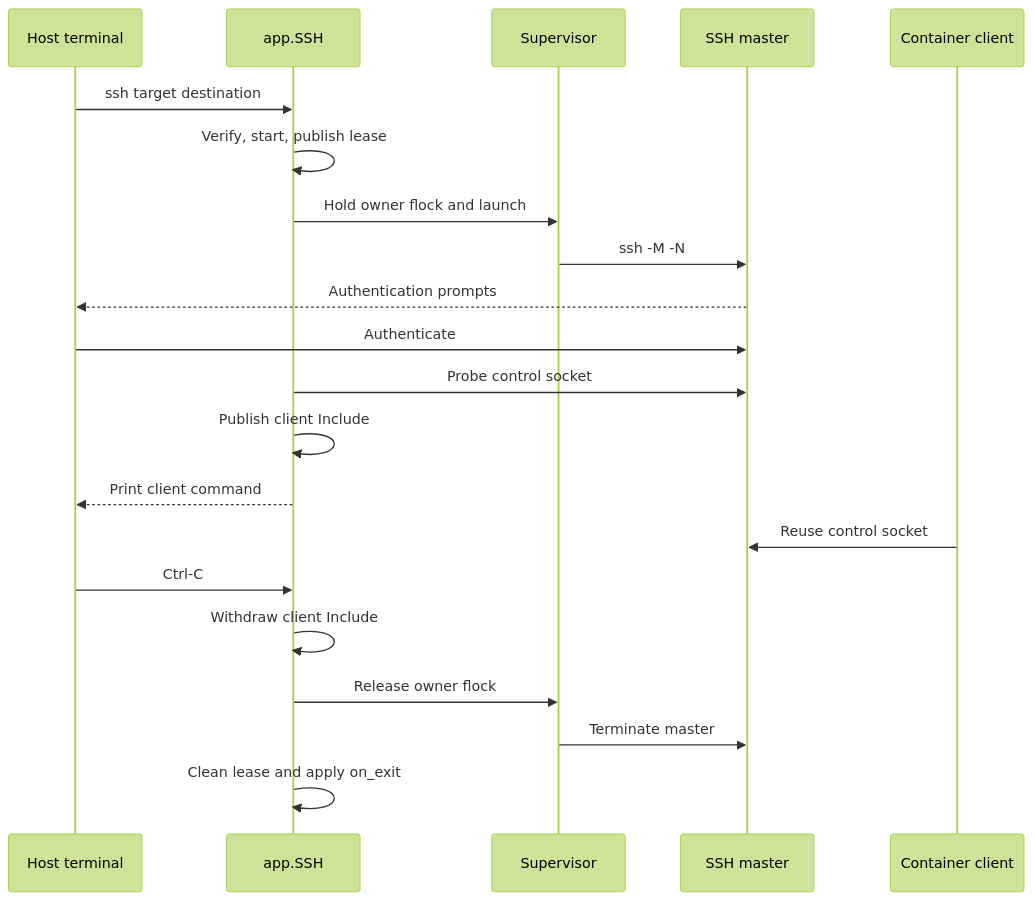
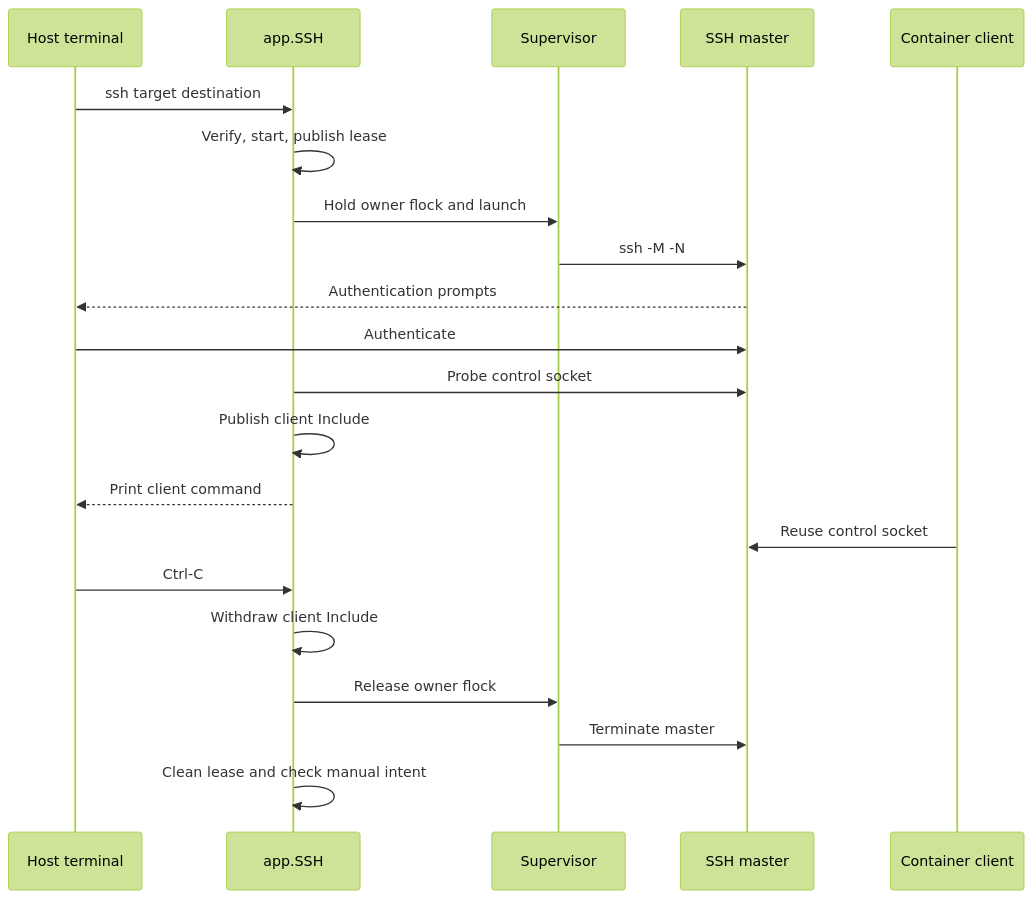
Before and after one commit to pip12345/devbox-neo: the diagram in docs/src/architecture/ssh.md, drawn with Mermaid (forest theme). The commit also changed other lines of this file and 114 other files, not shown here.

````diff
--- a/docs/src/architecture/ssh.md
+++ b/docs/src/architecture/ssh.md
@@ -24,23 +24,23 @@
 ```mermaid
 sequenceDiagram
     participant U as Host terminal
     participant A as app.SSH
     participant S as Supervisor
     participant M as SSH master
     participant C as Container client
     U->>A: ssh target destination
     A->>A: Verify, start, publish lease
     A->>S: Hold owner flock and launch
     S->>M: ssh -M -N
     M-->>U: Authentication prompts
     U->>M: Authenticate
     A->>M: Probe control socket
     A->>A: Publish client Include
     A-->>U: Print client command
     C->>M: Reuse control socket
     U->>A: Ctrl-C
     A->>A: Withdraw client Include
     A->>S: Release owner flock
     S->>M: Terminate master
-    A->>A: Clean lease and apply on_exit
+    A->>A: Clean lease and check manual intent
 ```
````
